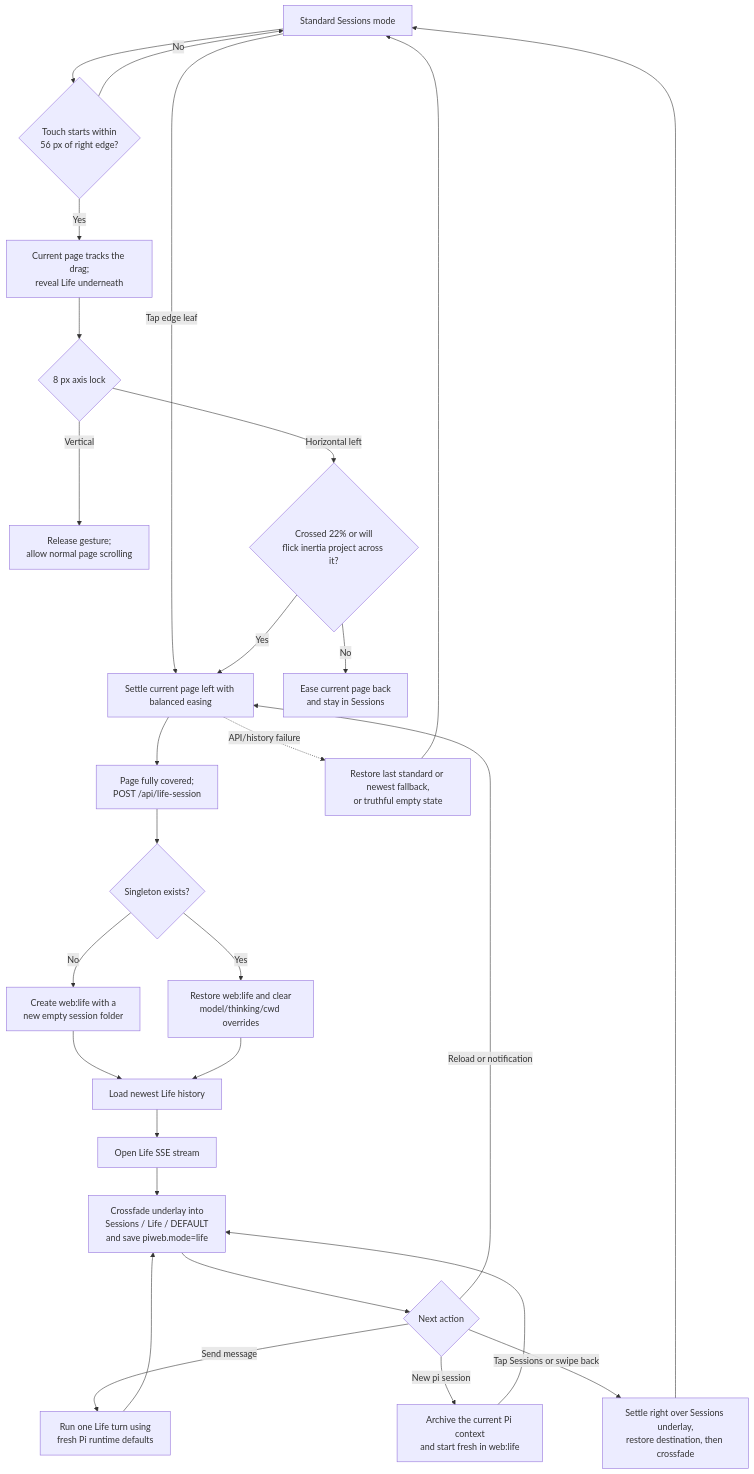
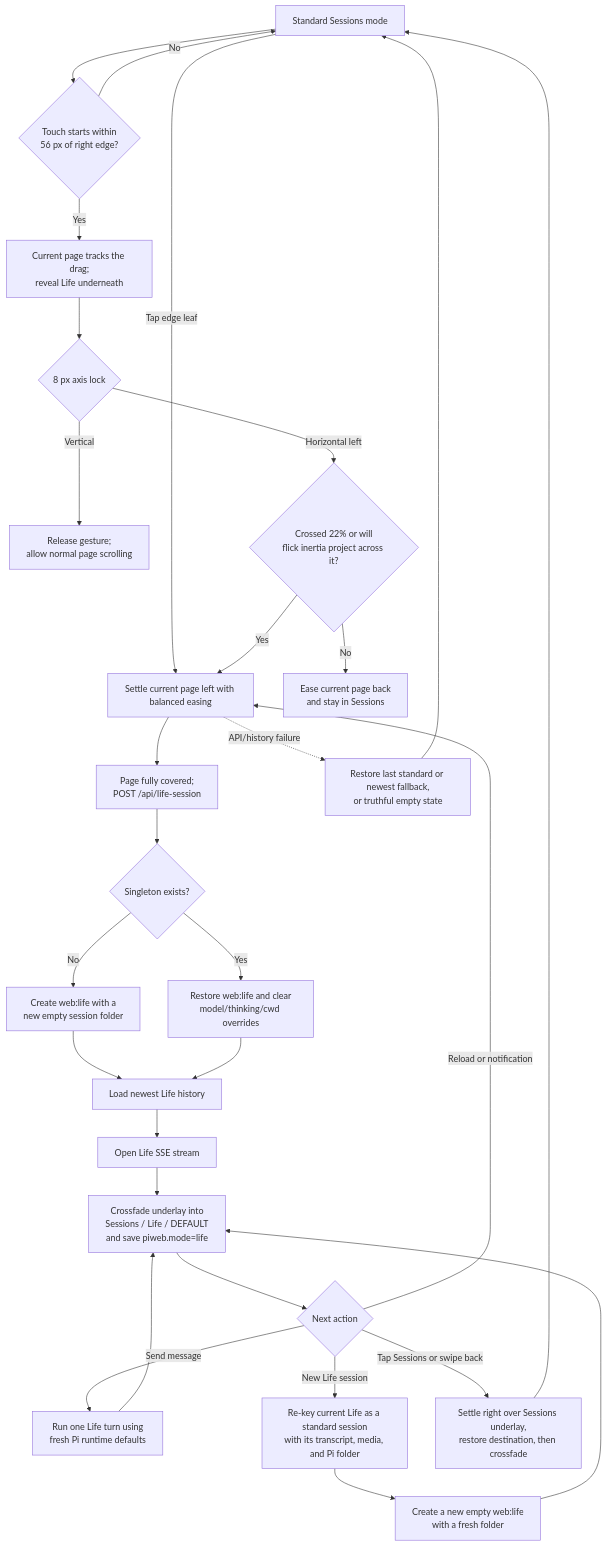
One commit to AyaSakura-comp/piweb changed the first of 5 diagrams in docs/life-mode.md. Above: the diagram before and after it, drawn with Mermaid. The commit also changed other lines of this file and 22 other files, not shown here.

Commit message:
[verified] Archive Life sessions when starting new

````diff
--- a/docs/life-mode.md
+++ b/docs/life-mode.md
@@ -66,30 +76,31 @@
 ```mermaid
 flowchart TD
     A[Standard Sessions mode] --> B{Touch starts within<br/>56 px of right edge?}
     A -- Tap edge leaf --> H
     B -- No --> A
     B -- Yes --> C[Current page tracks the drag;<br/>reveal Life underneath]
     C --> D{8 px axis lock}
     D -- Vertical --> E[Release gesture;<br/>allow normal page scrolling]
     D -- Horizontal left --> F{Crossed 22% or will<br/>flick inertia project across it?}
     F -- No --> G[Ease current page back<br/>and stay in Sessions]
     F -- Yes --> H[Settle current page left with balanced easing]
     H --> H2[Page fully covered;<br/>POST /api/life-session]
     H2 --> I{Singleton exists?}
     I -- No --> J[Create web:life with a<br/>new empty session folder]
     I -- Yes --> K[Restore web:life and clear<br/>model/thinking/cwd overrides]
     J --> L[Load newest Life history]
     K --> L
     L --> M[Open Life SSE stream]
     M --> N[Crossfade underlay into<br/>Sessions / Life / DEFAULT<br/>and save piweb.mode=life]
     N --> O{Next action}
     O -- Send message --> P[Run one Life turn using<br/>fresh Pi runtime defaults]
     P --> N
-    O -- New pi session --> S[Archive the current Pi context<br/>and start fresh in web:life]
-    S --> N
+    O -- New Life session --> S[Re-key current Life as a standard session<br/>with its transcript, media, and Pi folder]
+    S --> T[Create a new empty web:life<br/>with a fresh folder]
+    T --> N
     O -- Reload or notification --> H
     O -- Tap Sessions or swipe back --> Q[Settle right over Sessions underlay,<br/>restore destination, then crossfade]
     Q --> A
     H -. API/history failure .-> R[Restore last standard or newest fallback,<br/>or truthful empty state]
     R --> A
 ```
````
